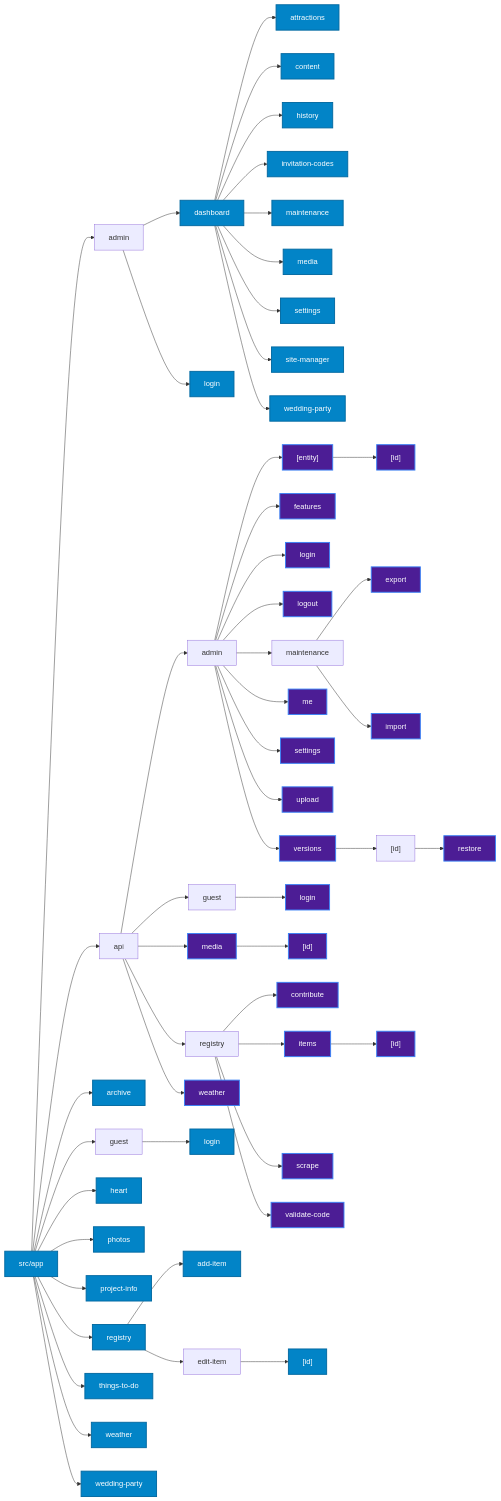
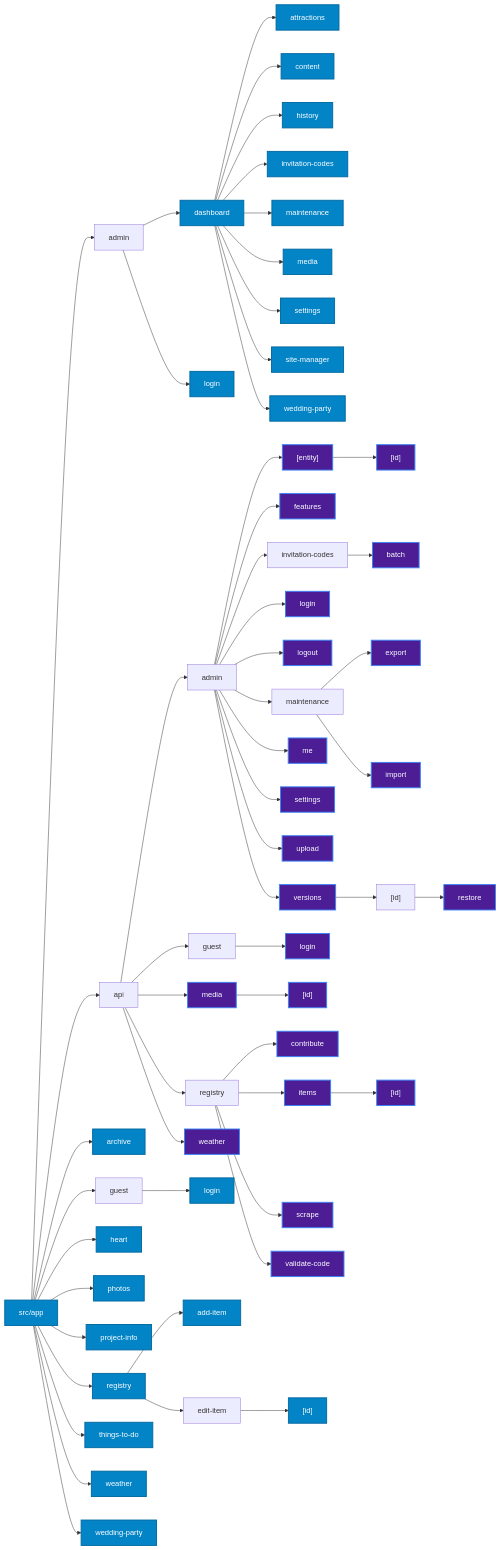
The second of 2 diagrams in ARCHITECTURE.md (fderuiter/wedding_website), drawn with Mermaid before and after one commit. The commit also changed 16 other files, not shown here.

Commit message:
feat: add interactive guest CSV import wizard and atomic batch API (#586)

```diff
--- a/ARCHITECTURE.md
+++ b/ARCHITECTURE.md
@@ -80,6 +80,8 @@
     node_api_admin_entity["[entity]"]
     node_api_admin_entity_id["[id]"]
     node_api_admin_features["features"]
+    node_api_admin_invitationcodes["invitation-codes"]
+    node_api_admin_invitationcodes_batch["batch"]
     node_api_admin_login["login"]
     node_api_admin_logout["logout"]
     node_api_admin_maintenance["maintenance"]
@@ -132,6 +134,8 @@
     node_api_admin --> node_api_admin_entity
     node_api_admin_entity --> node_api_admin_entity_id
     node_api_admin --> node_api_admin_features
+    node_api_admin --> node_api_admin_invitationcodes
+    node_api_admin_invitationcodes --> node_api_admin_invitationcodes_batch
     node_api_admin --> node_api_admin_login
     node_api_admin --> node_api_admin_logout
     node_api_admin --> node_api_admin_maintenance
@@ -182,6 +186,7 @@
     class node_api_admin_entity api;
     class node_api_admin_entity_id api;
     class node_api_admin_features api;
+    class node_api_admin_invitationcodes_batch api;
     class node_api_admin_login api;
     class node_api_admin_logout api;
     class node_api_admin_maintenance_export api;
```
